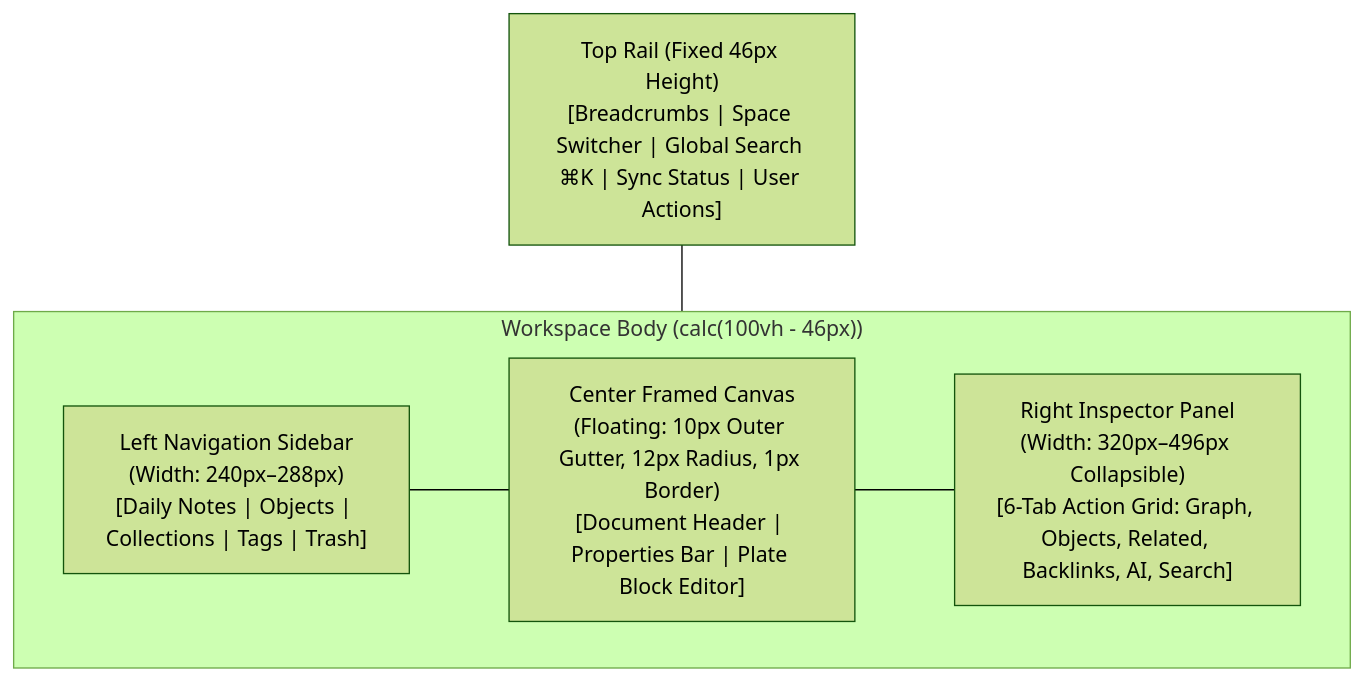
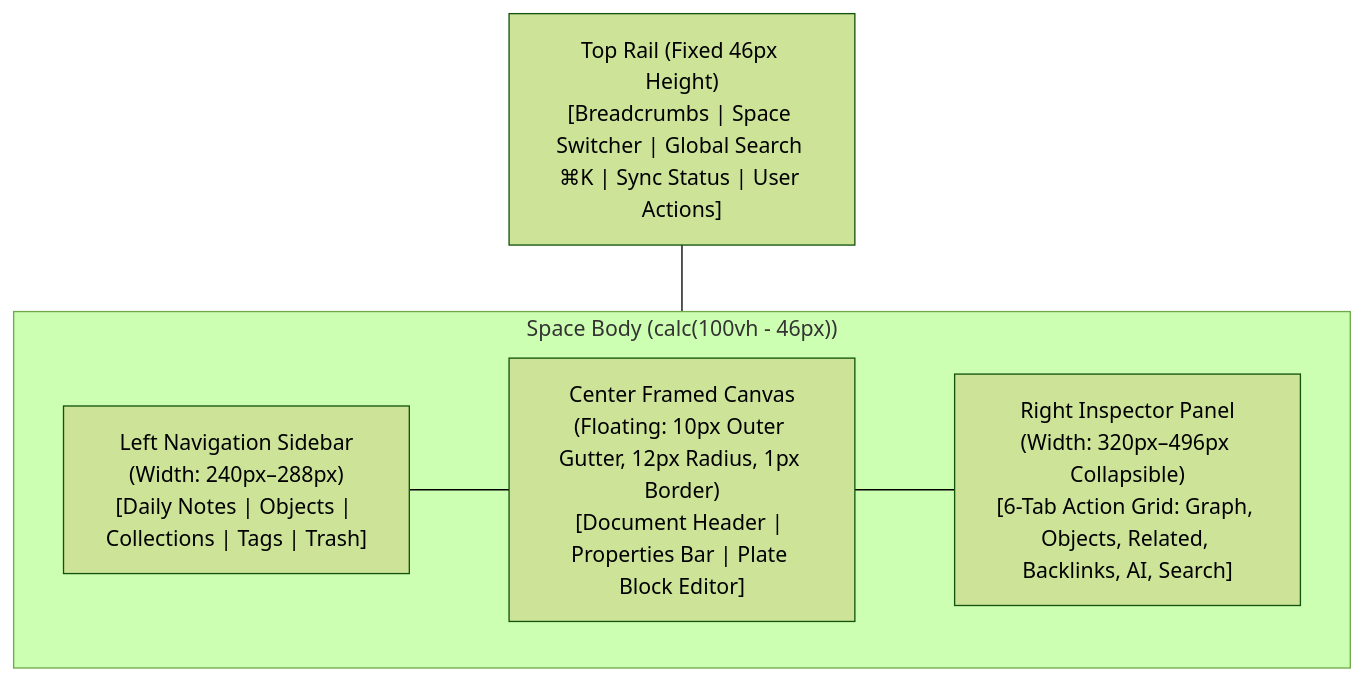
Before and after one commit to ianmaciel7/notes-app: the sixth of 12 diagrams in DESIGN.md, drawn with Mermaid (forest theme). The commit also changed other lines of this file and 60 other files, not shown here.

Commit message:
feat: add object-specific split button components, UI primitives, and architectural documentation

````diff
--- a/DESIGN.md
+++ b/DESIGN.md
@@ -260,13 +268,13 @@
 ```mermaid
 flowchart TD
     TopRail["Top Rail (Fixed 46px Height)\n[Breadcrumbs | Space Switcher | Global Search ⌘K | Sync Status | User Actions]"]
     
-    subgraph ShellBody ["Workspace Body (calc(100vh - 46px))"]
+    subgraph ShellBody ["Space Body (calc(100vh - 46px))"]
         LeftSidebar["Left Navigation Sidebar\n(Width: 240px–288px)\n[Daily Notes | Objects | Collections | Tags | Trash]"]
         CenterCanvas["Center Framed Canvas\n(Floating: 10px Outer Gutter, 12px Radius, 1px Border)\n[Document Header | Properties Bar | Plate Block Editor]"]
         RightInspector["Right Inspector Panel\n(Width: 320px–496px Collapsible)\n[6-Tab Action Grid: Graph, Objects, Related, Backlinks, AI, Search]"]
     end
     
     TopRail --- ShellBody
     LeftSidebar --- CenterCanvas --- RightInspector
 ```
````
